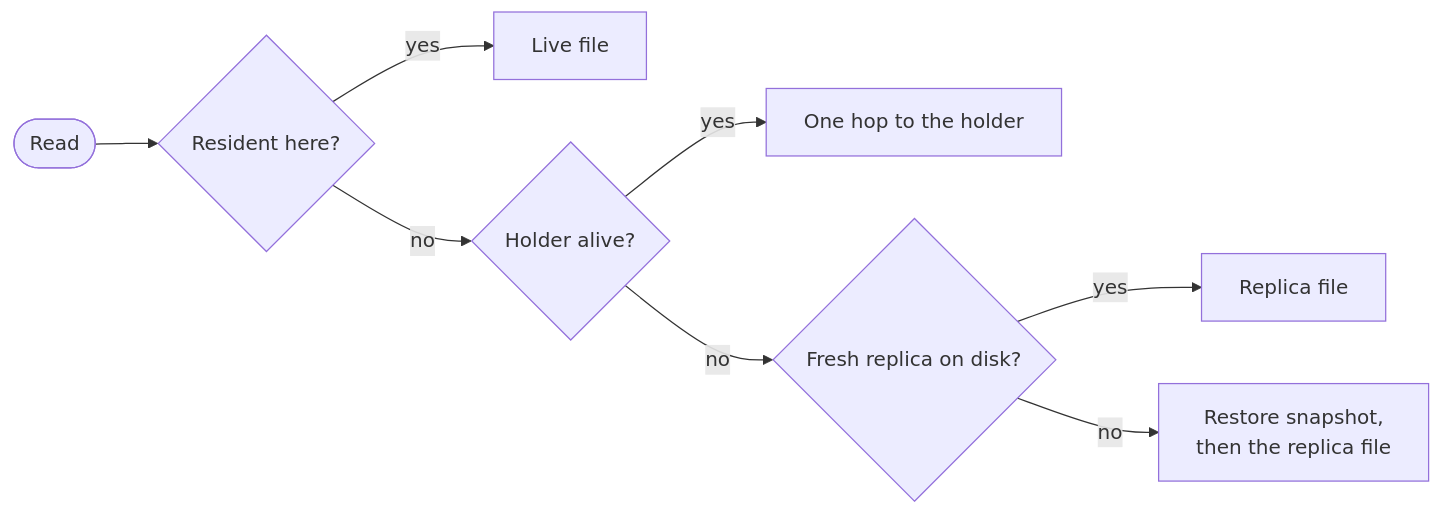
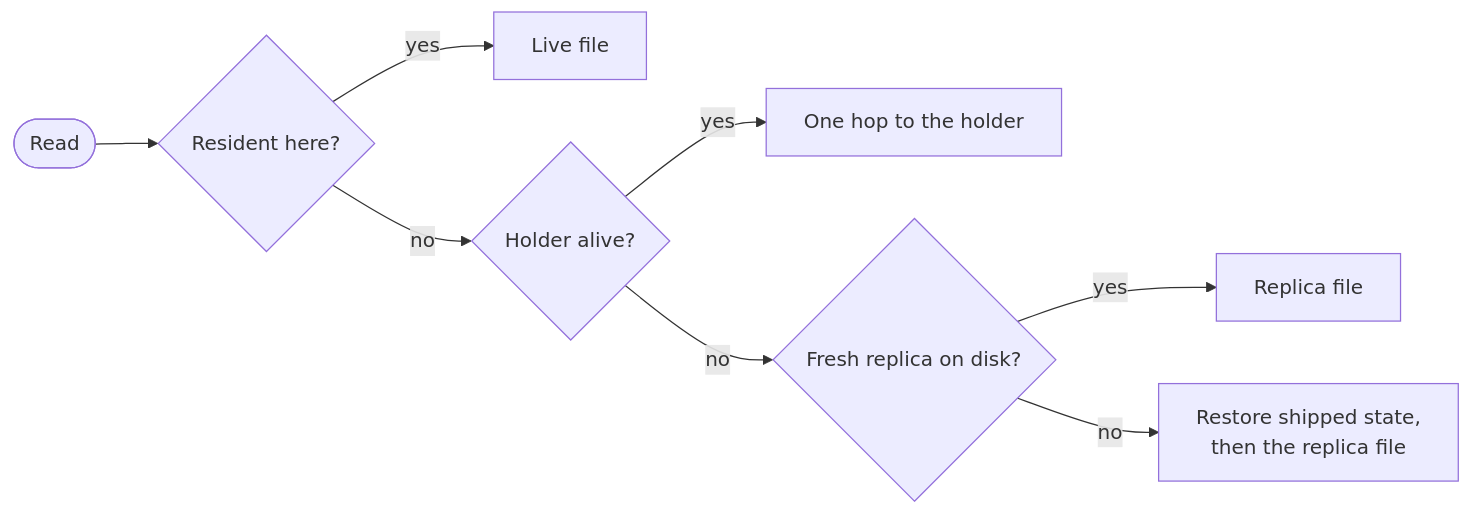
One commit to JSH32/actias changed the second of 2 diagrams in actias-web/src/content/docs/internals/placement.mdx. Above: the diagram before and after it, drawn with Mermaid. The commit also changed other lines of this file and 1 other file, not shown here.

````diff
--- a/actias-web/src/content/docs/internals/placement.mdx
+++ b/actias-web/src/content/docs/internals/placement.mdx
@@ -58,10 +64,10 @@
 ```mermaid
 flowchart LR
     read([Read]) --> a{Resident here?}
     a -- yes --> live[Live file]
     a -- no --> b{Holder alive?}
     b -- yes --> hop[One hop to the holder]
     b -- no --> c{Fresh replica on disk?}
     c -- yes --> rep[Replica file]
-    c -- no --> pull[Restore snapshot,<br/>then the replica file]
+    c -- no --> pull[Restore shipped state,<br/>then the replica file]
 ```
````
